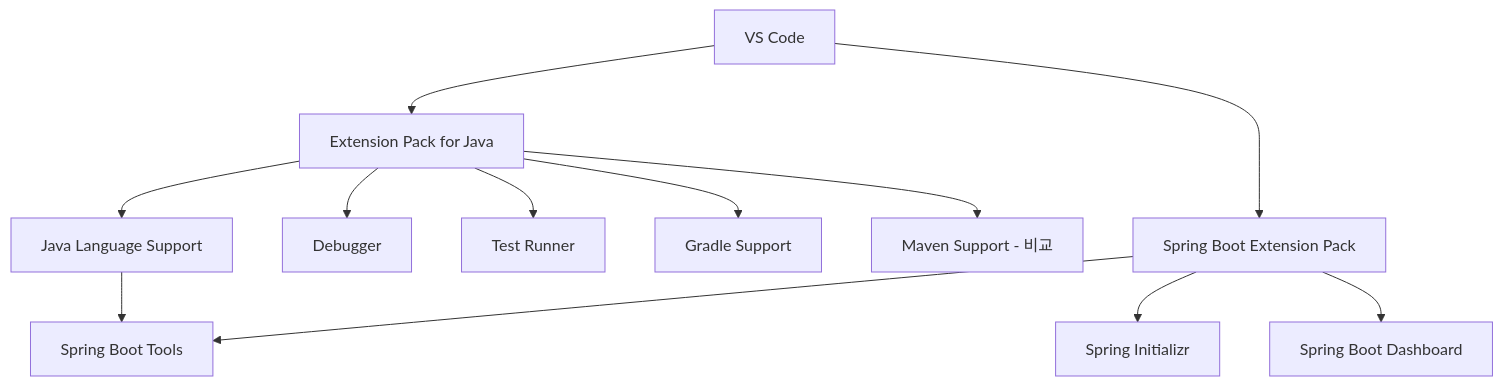
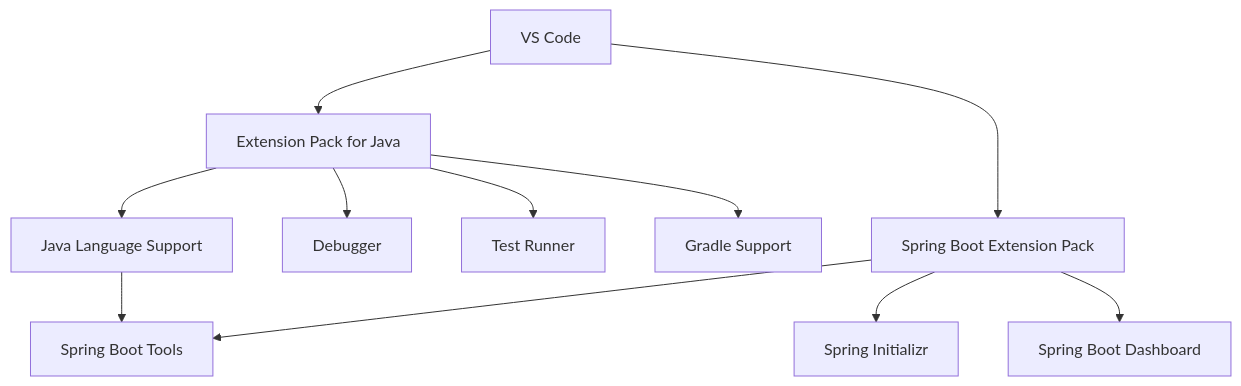
One commit to Team-Microserver/microserver-docs changed the second of 2 diagrams in docs/02_development_environment/03_macos/05_vscode/spring_boot_extension_setup.md. Above: the diagram before and after it, drawn with Mermaid. The commit also changed other lines of this file and 17 other files, not shown here.

````diff
--- a/docs/02_development_environment/03_macos/05_vscode/spring_boot_extension_setup.md
+++ b/docs/02_development_environment/03_macos/05_vscode/spring_boot_extension_setup.md
@@ -273,18 +251,17 @@
 ```mermaid
 flowchart TB
     VS[VS Code]
 
     VS --> JAVA[Extension Pack for Java]
     JAVA --> LANG[Java Language Support]
     JAVA --> DEBUG[Debugger]
     JAVA --> TEST[Test Runner]
     JAVA --> GRADLE[Gradle Support]
-    JAVA --> MAVEN[Maven Support - 비교]
 
     VS --> SPRING[Spring Boot Extension Pack]
     SPRING --> TOOLS[Spring Boot Tools]
     SPRING --> INIT[Spring Initializr]
     SPRING --> DASH[Spring Boot Dashboard]
 
     LANG --> TOOLS
 ```
````
